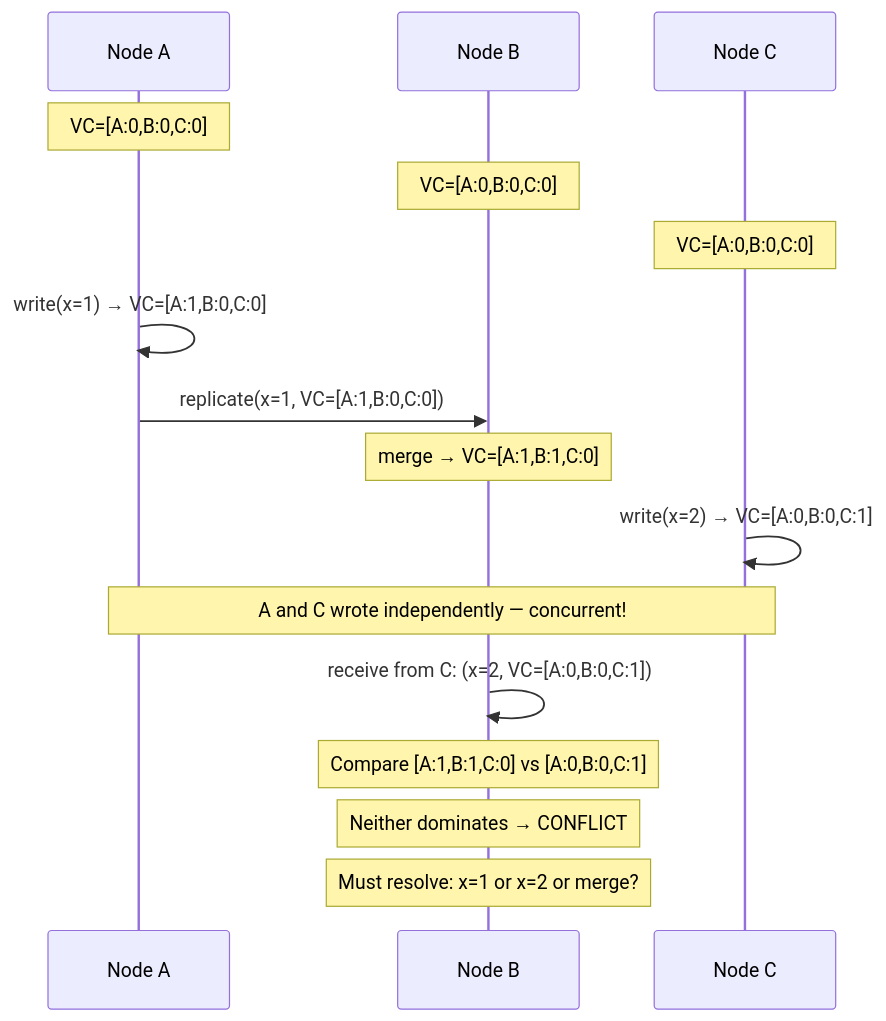
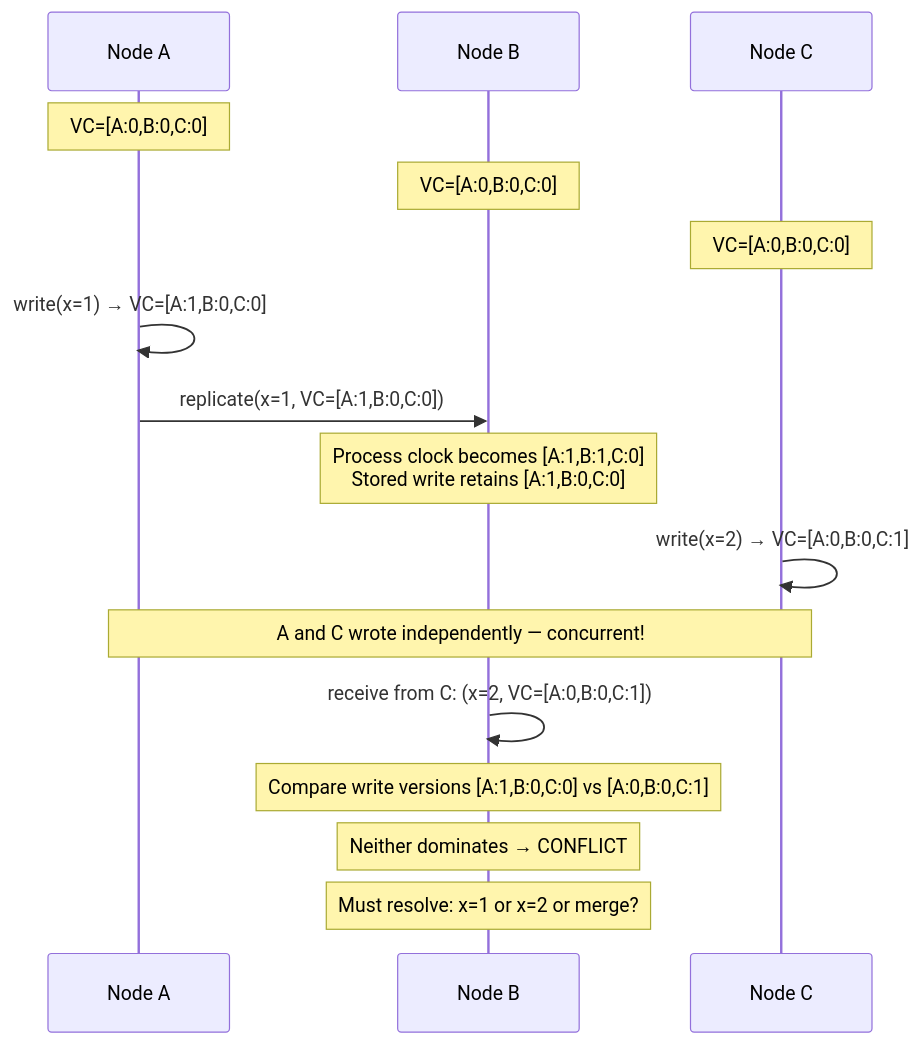
Before and after one commit to swarnsingh/android-staff-engineer-playbook-website: the first of 2 diagrams in distributed-systems/vector-clocks.md, drawn with Mermaid. The commit also changed other lines of this file and 70 other files, not shown here.

````diff
--- a/distributed-systems/vector-clocks.md
+++ b/distributed-systems/vector-clocks.md
@@ -212,22 +203,22 @@
 ```mermaid
 sequenceDiagram
     participant A as Node A
     participant B as Node B
     participant C as Node C
 
     Note over A: VC=[A:0,B:0,C:0]
     Note over B: VC=[A:0,B:0,C:0]
     Note over C: VC=[A:0,B:0,C:0]
 
     A->>A: write(x=1) → VC=[A:1,B:0,C:0]
     A->>B: replicate(x=1, VC=[A:1,B:0,C:0])
-    Note over B: merge → VC=[A:1,B:1,C:0]
+    Note over B: Process clock becomes [A:1,B:1,C:0]<br/>Stored write retains [A:1,B:0,C:0]
 
     C->>C: write(x=2) → VC=[A:0,B:0,C:1]
     Note over A,C: A and C wrote independently — concurrent!
 
     B->>B: receive from C: (x=2, VC=[A:0,B:0,C:1])
-    Note over B: Compare [A:1,B:1,C:0] vs [A:0,B:0,C:1]
+    Note over B: Compare write versions [A:1,B:0,C:0] vs [A:0,B:0,C:1]
     Note over B: Neither dominates → CONFLICT
     Note over B: Must resolve: x=1 or x=2 or merge?
 ```
````
